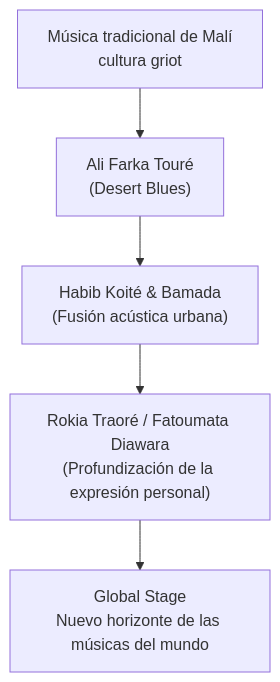
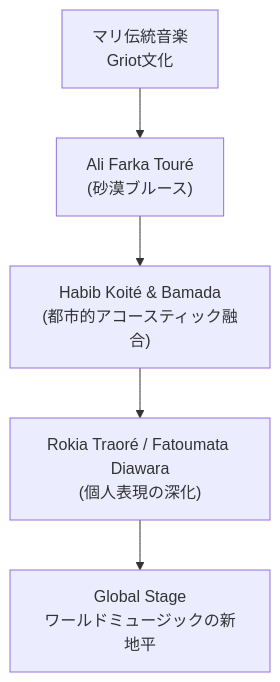
Before and after one commit to monumental-movement/monumental-movement.github.io: the diagram in es/_posts/2025-10-30-column-habib-koite-mali.md, drawn with Mermaid. The commit also changed other lines of this file and 299 other files, not shown here.

```diff
--- a/es/_posts/2025-10-30-column-habib-koite-mali.md
+++ b/es/_posts/2025-10-30-column-habib-koite-mali.md
@@ -182,9 +182,9 @@
 <div class="mermaid">
 
 graph TD
-    A["Música tradicional de Malí<br>cultura griot"] --> B["Ali Farka Touré<br>(Desert Blues)"]
-    B --> C["Habib Koité & Bamada<br>(Fusión acústica urbana)"]
-    C --> D["Rokia Traoré / Fatoumata Diawara<br>(Profundización de la expresión personal)"]
-    D --> E["Global Stage<br>Nuevo horizonte de las músicas del mundo"]
+    A["マリ伝統音楽<br>Griot文化"] --> B["Ali Farka Touré<br>(砂漠ブルース)"]
+    B --> C["Habib Koité & Bamada<br>(都市的アコースティック融合)"]
+    C --> D["Rokia Traoré / Fatoumata Diawara<br>(個人表現の深化)"]
+    D --> E["Global Stage<br>ワールドミュージックの新地平"]
 
 </div>
```
